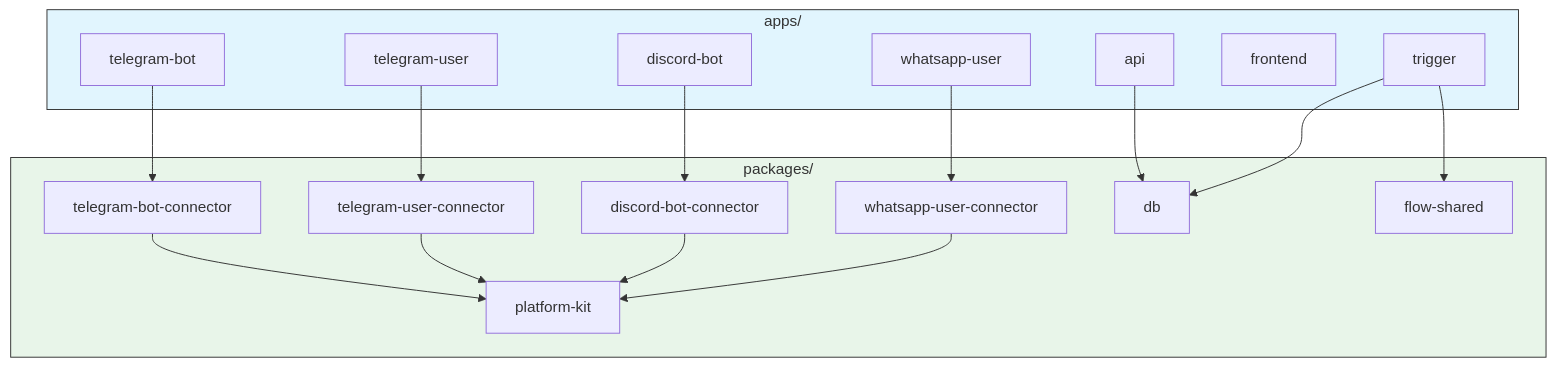
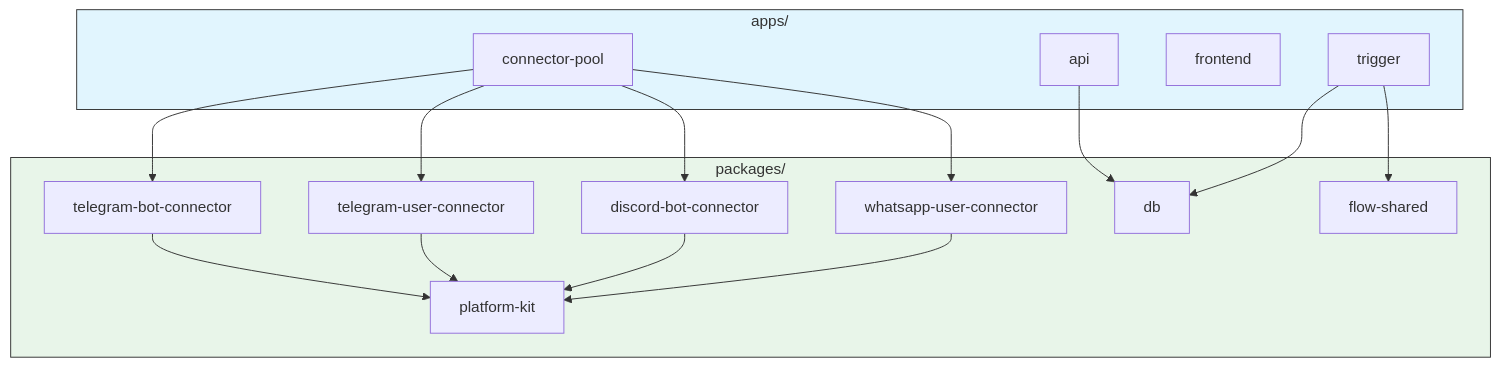
The sixth of 9 diagrams in README.md (kolezka/flowbot), drawn with Mermaid before and after one commit. The commit also changed other lines of this file and 1 other file, not shown here.

First line of the commit message:
docs: update README and system-design for unified connector pool

````diff
--- a/README.md
+++ b/README.md
@@ -251,33 +259,27 @@
 ```mermaid
 graph TB
     subgraph Apps["apps/"]
-        A1["telegram-bot"]
-        A2["telegram-user"]
-        A3["discord-bot"]
-        A4["whatsapp-user"]
+        A1["connector-pool"]
         A5["api"]
         A6["frontend"]
         A7["trigger"]
     end
 
     subgraph Packages["packages/"]
         P1["platform-kit"]
         P2["telegram-bot-connector"]
         P3["telegram-user-connector"]
         P4["discord-bot-connector"]
         P5["whatsapp-user-connector"]
         P6["db"]
         P7["flow-shared"]
     end
 
-    A1 --> P2
-    A2 --> P3
-    A3 --> P4
-    A4 --> P5
+    A1 --> P2 & P3 & P4 & P5
     P2 & P3 & P4 & P5 --> P1
     A5 & A7 --> P6
     A7 --> P7
 
     style Apps fill:#e1f5fe,stroke:#333
     style Packages fill:#e8f5e9,stroke:#333
 ```
````
